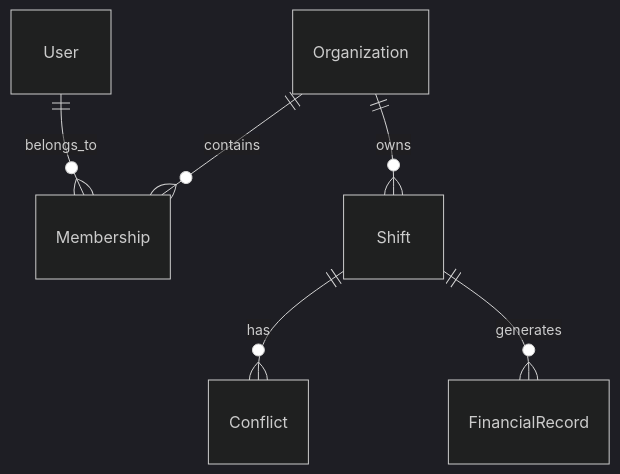
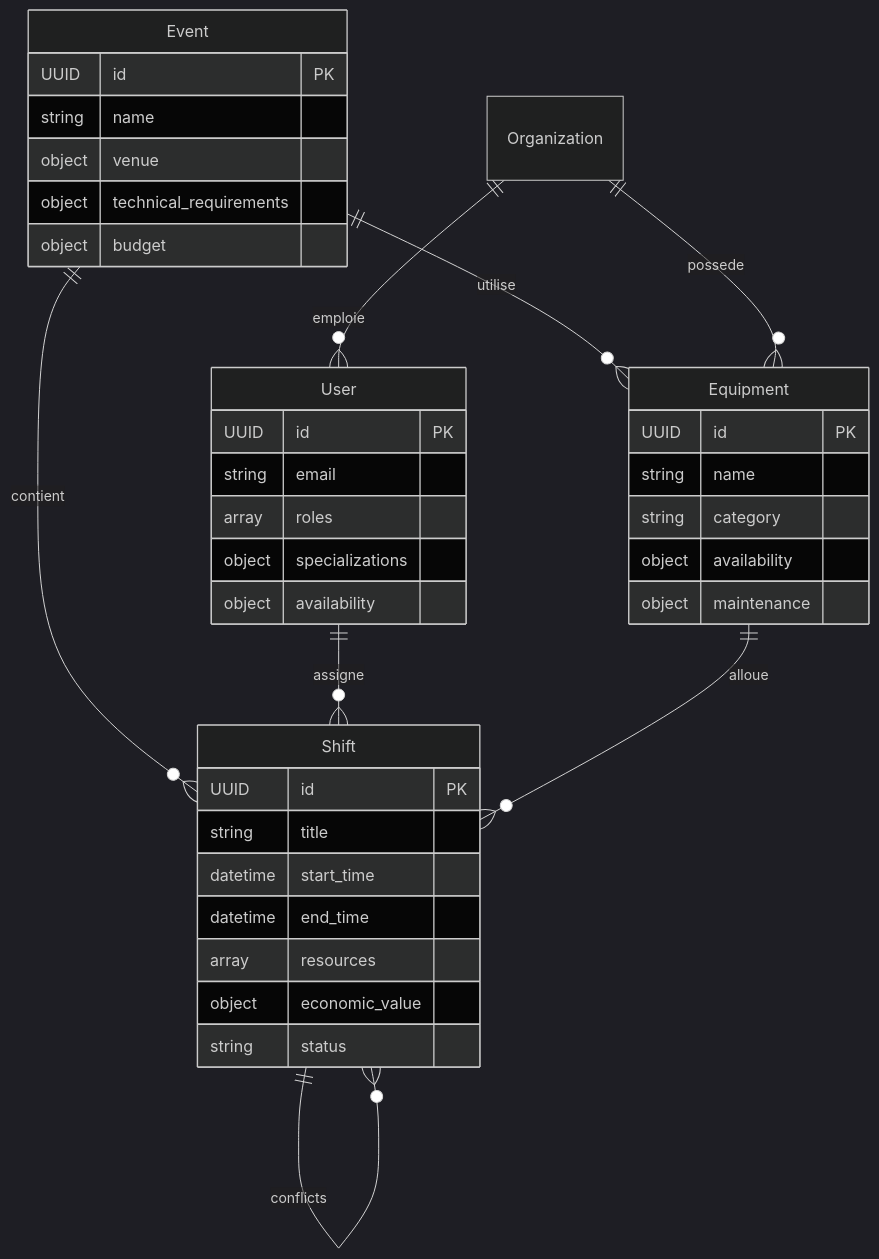
One commit to aubronsamuel-hash/samo changed the diagram in docs/data_models.md. Above: the diagram before and after it, drawn with Mermaid (dark theme). The commit also changed other lines of this file and 2 other files, not shown here.

````diff
--- a/docs/data_models.md
+++ b/docs/data_models.md
@@ -121,8 +398,44 @@
 ```mermaid
 erDiagram
-    User ||--o{ Membership : "belongs_to"
-    Organization ||--o{ Membership : "contains"
-    Organization ||--o{ Shift : "owns"
-    Shift ||--o{ Conflict : "has"
-    Shift ||--o{ FinancialRecord : "generates"
+    Event ||--o{ Shift : "contient"
+    Event ||--o{ Equipment : "utilise"
+    Organization ||--o{ User : "emploie"
+    Organization ||--o{ Equipment : "possede"
+    User ||--o{ Shift : "assigne"
+    Equipment ||--o{ Shift : "alloue"
+    Shift ||--o{ Shift : "conflicts"
+
+    User {
+        UUID id PK
+        string email
+        array roles
+        object specializations
+        object availability
+    }
+
+    Equipment {
+        UUID id PK
+        string name
+        string category
+        object availability
+        object maintenance
+    }
+
+    Shift {
+        UUID id PK
+        string title
+        datetime start_time
+        datetime end_time
+        array resources
+        object economic_value
+        string status
+    }
+
+    Event {
+        UUID id PK
+        string name
+        object venue
+        object technical_requirements
+        object budget
+    }
 ```
````
